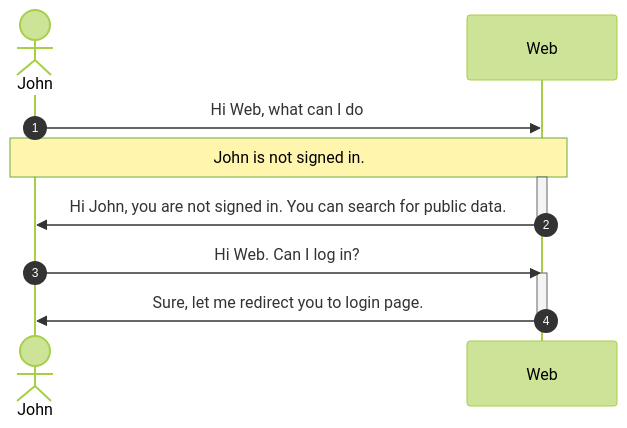
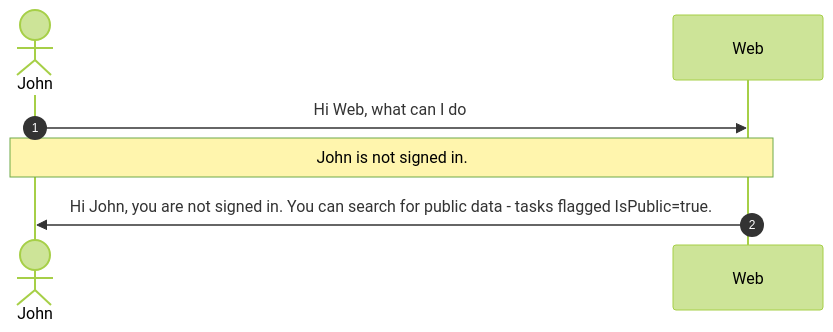
Before and after one commit to vrhovnik/azure-monitor-automation-wth: the first of 3 diagrams in docs/00-init.md, drawn with Mermaid (forest theme). The commit also changed other lines of this file, not shown here.

````diff
--- a/docs/00-init.md
+++ b/docs/00-init.md
@@ -42,15 +106,10 @@
 ```mermaid
 sequenceDiagram
     autonumber
     actor J as John
     participant W as Web
     J->>W: Hi Web, what can I do
     Note over J,W: John is not signed in.
     activate W
-    W->>J: Hi John, you are not signed in. You can search for public data.
-    deactivate W
-    J->>W: Hi Web. Can I log in?
-    activate W
-    W->>J: Sure, let me redirect you to login page.
-    deactivate W
+    W->>J: Hi John, you are not signed in. You can search for public data - tasks flagged IsPublic=true.
 ```
````
